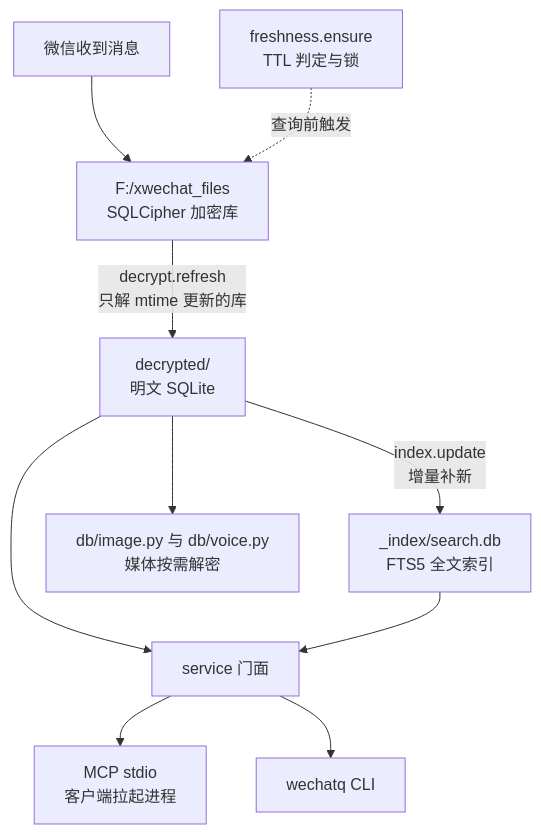
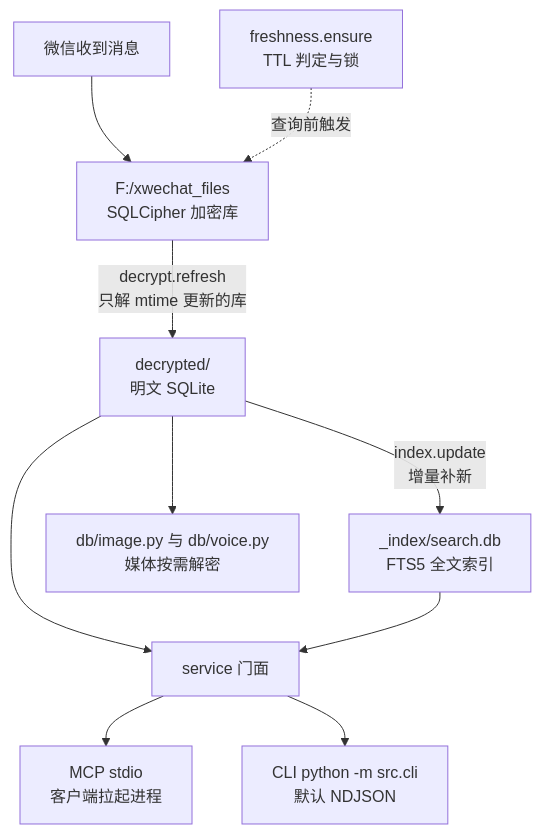
Before and after one commit to alone-tree/wechat-msg-mcp: the diagram in docs/总体设计.md, drawn with Mermaid. The commit also changed other lines of this file and 7 other files, not shown here.

````diff
--- a/docs/总体设计.md
+++ b/docs/总体设计.md
@@ -7,12 +7,12 @@
 ```mermaid
 flowchart TB
   A["微信收到消息"] --> B["F:/xwechat_files<br/>SQLCipher 加密库"]
   B -->|"decrypt.refresh<br/>只解 mtime 更新的库"| C["decrypted/<br/>明文 SQLite"]
   C -->|"index.update<br/>增量补新"| D["_index/search.db<br/>FTS5 全文索引"]
   C --> E["service 门面"]
   D --> E
   E --> F["MCP stdio<br/>客户端拉起进程"]
-  E --> G["wechatq CLI"]
+  E --> G["CLI python -m src.cli<br/>默认 NDJSON"]
   H["freshness.ensure<br/>TTL 判定与锁"] -.->|"查询前触发"| B
   C --> I["db/image.py 与 db/voice.py<br/>媒体按需解密"]
 ```
````
